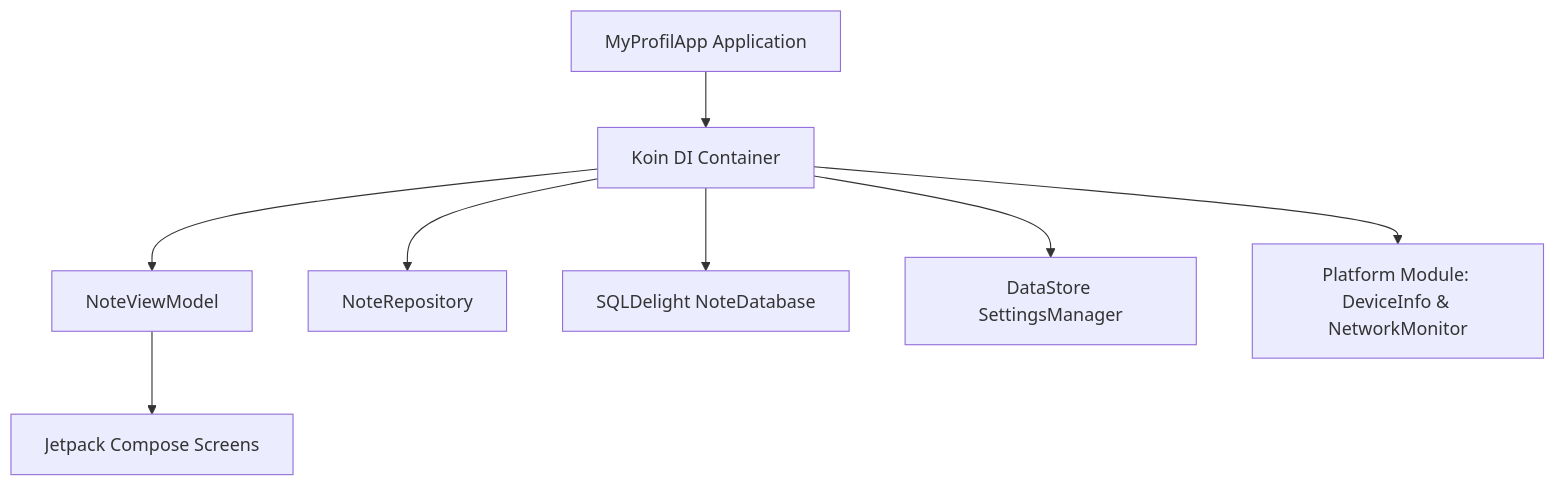
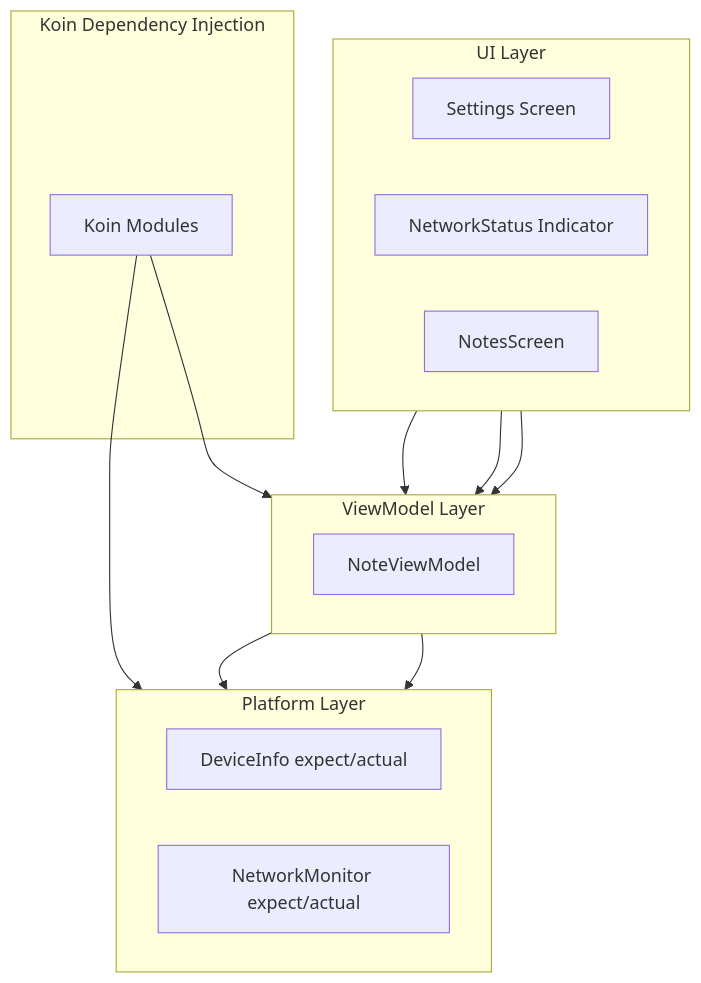
The diagram in README.md (16-123140161-ExaudiAminHutasoit/Praktikum-PAM), drawn with Mermaid before and after one commit. The commit also changed other lines of this file and 2 other files, not shown here.

Commit message:
Update Diagram

````diff
--- a/README.md
+++ b/README.md
@@ -17,10 +17,39 @@
 ```mermaid
 graph TD
-    App[MyProfilApp Application] --> Koin[Koin DI Container]
-    Koin --> VM[NoteViewModel]
-    Koin --> Repo[NoteRepository]
-    Koin --> DB[SQLDelight NoteDatabase]
-    Koin --> DS[DataStore SettingsManager]
-    Koin --> Platform[Platform Module: DeviceInfo & NetworkMonitor]
-    VM --> UI[Jetpack Compose Screens]
+    %% Koin Layer
+    subgraph Koin [Koin Dependency Injection]
+        KM[Koin Modules]
+    end
+
+    %% UI Layer
+    subgraph UI [UI Layer]
+        direction LR
+        SS[Settings Screen]
+        NI[NetworkStatus Indicator]
+        NS[NotesScreen]
+    end
+
+    %% ViewModel Layer
+    subgraph VM_Layer [ViewModel Layer]
+        direction LR
+        NVM[NoteViewModel]
+    end
+
+    %% Platform Layer
+    subgraph Platform [Platform Layer]
+        direction LR
+        DI[DeviceInfo expect/actual]
+        NM[NetworkMonitor expect/actual]
+    end
+
+    %% Flow Panah
+    KM --> VM_Layer
+    KM --> Platform
+
+    SS --> NVM
+    NI --> NVM
+    NS --> NVM
+
+    NVM --> DI
+    NVM --> NM
 ```
````
